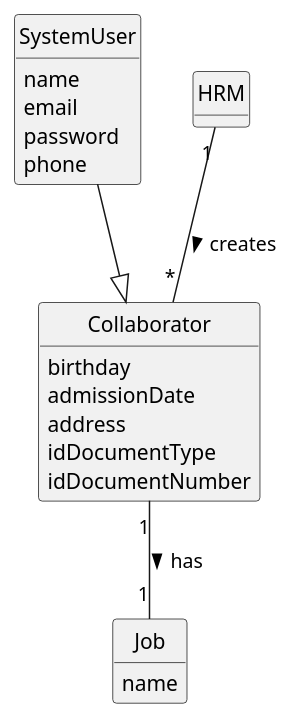
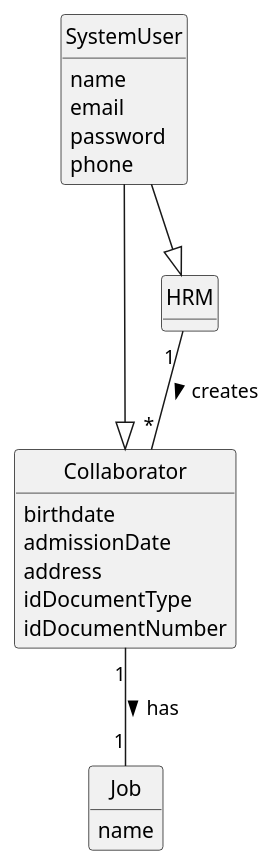
One commit to Departamento-de-Engenharia-Informatica/lei-24-s2-1do-g164 changed the diagram in docs/sprintA/us003/02.analysis/puml/us003-domain-model.puml. Above: the diagram before and after it, drawn with PlantUML. The commit also changed 2 other files, not shown here.

Commit message:
corrections of domain models

```diff
--- a/docs/sprintA/us003/02.analysis/puml/us003-domain-model.puml
+++ b/docs/sprintA/us003/02.analysis/puml/us003-domain-model.puml
@@ -1,52 +1,48 @@
 @startuml
 skinparam monochrome true
 skinparam packageStyle rectangle
 skinparam shadowing false
 
 'left to right direction
 
 skinparam classAttributeIconSize 0
 
 hide circle
 hide methods
 
-'title Domain Model
-
-'class Platform {
-'  -description
-'}
 
 
 class SystemUser {
     name
     email
     password
     phone
 
 }
 
 class Collaborator {
-    birthday
+    birthdate
     admissionDate
     address
     idDocumentType
     idDocumentNumber
 }
 
 
 class HRM {
 
 }
 
 
 class Job{
     name
 }
 
 SystemUser --|> Collaborator
+SystemUser --|> HRM
 'Task "*" -- "1" HRM: created by >
-HRM "1" -- "*" Collaborator : creates >
+HRM "1 " -- "*" Collaborator : creates >
 'HRM "0..1" -- "1" User: acts as >
 Collaborator "1" -- "1" Job : has >
 
 @enduml
```
